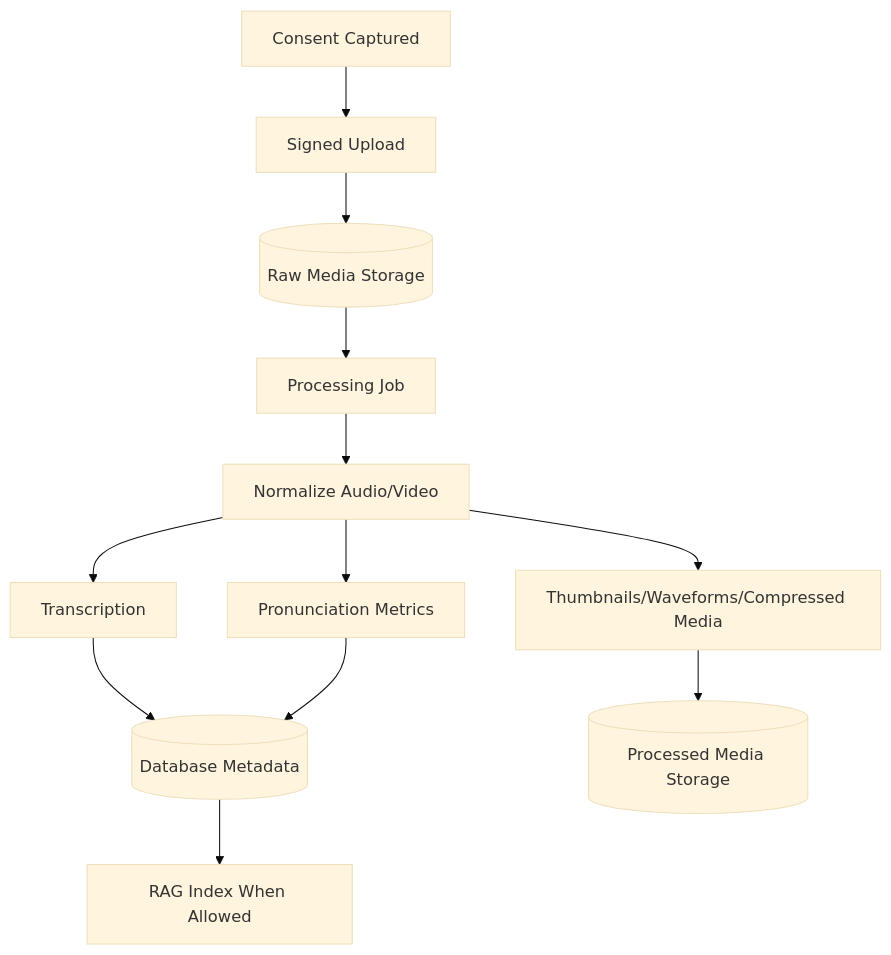
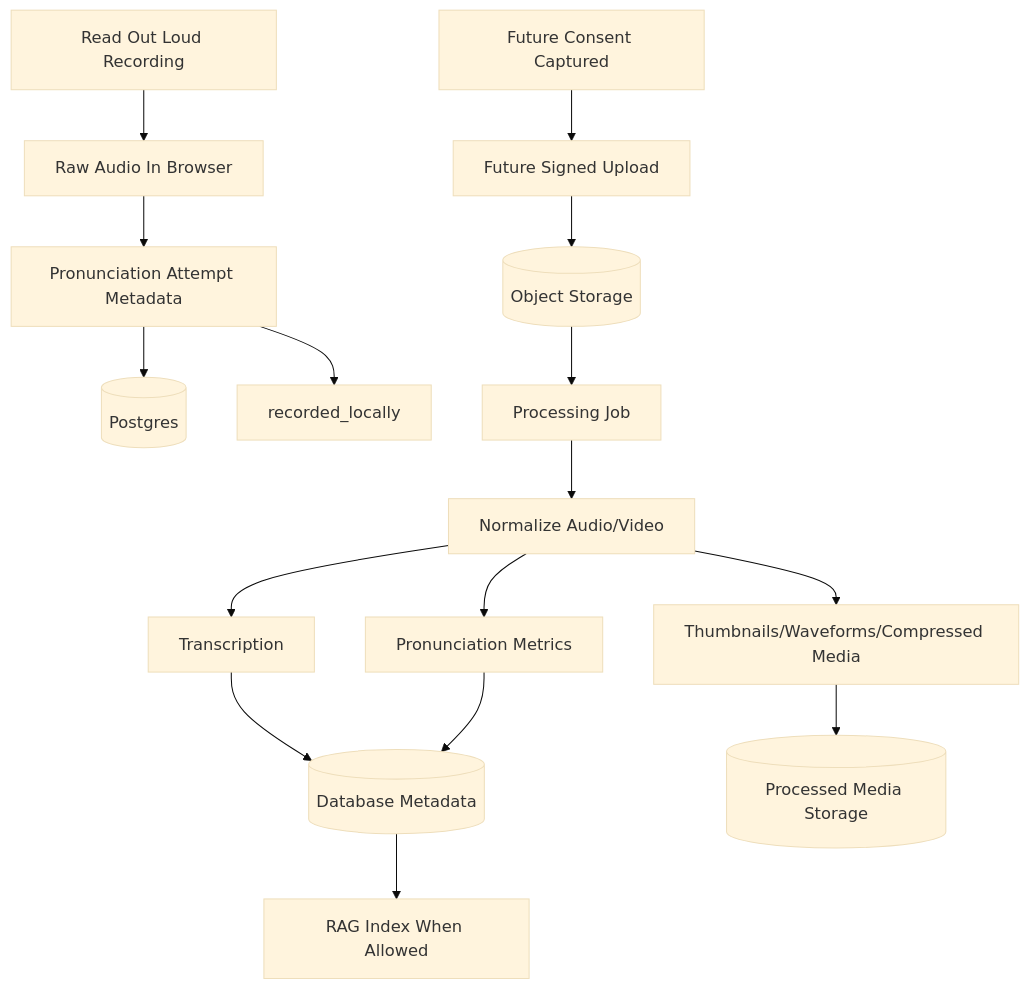
The sixth of 7 diagrams in architecture/06-diagrams.md (lvoliveiratec/english_app), drawn with Mermaid (base theme) before and after one commit. The commit also changed other lines of this file and 25 other files, not shown here.

Commit message:
Add pronunciation attempt flow and update architecture docs

````diff
--- a/architecture/06-diagrams.md
+++ b/architecture/06-diagrams.md
@@ -80,14 +135,19 @@
 ```mermaid
 flowchart TD
-  Consent[Consent Captured] --> Upload[Signed Upload]
-  Upload --> RawMedia[(Raw Media Storage)]
+  Practice[Read Out Loud Recording] --> LocalAudio[Raw Audio In Browser]
+  LocalAudio --> Attempt[Pronunciation Attempt Metadata]
+  Attempt --> DB[(Postgres)]
+  Attempt --> Status[recorded_locally]
+
+  Consent[Future Consent Captured] --> Upload[Future Signed Upload]
+  Upload --> RawMedia[(Object Storage)]
   RawMedia --> Job[Processing Job]
   Job --> Normalize[Normalize Audio/Video]
   Normalize --> Transcribe[Transcription]
   Normalize --> Pronunciation[Pronunciation Metrics]
   Normalize --> Derivatives[Thumbnails/Waveforms/Compressed Media]
   Transcribe --> Metadata[(Database Metadata)]
   Pronunciation --> Metadata
   Derivatives --> ProcessedStorage[(Processed Media Storage)]
   Metadata --> RAGIndex[RAG Index When Allowed]
 ```
````
